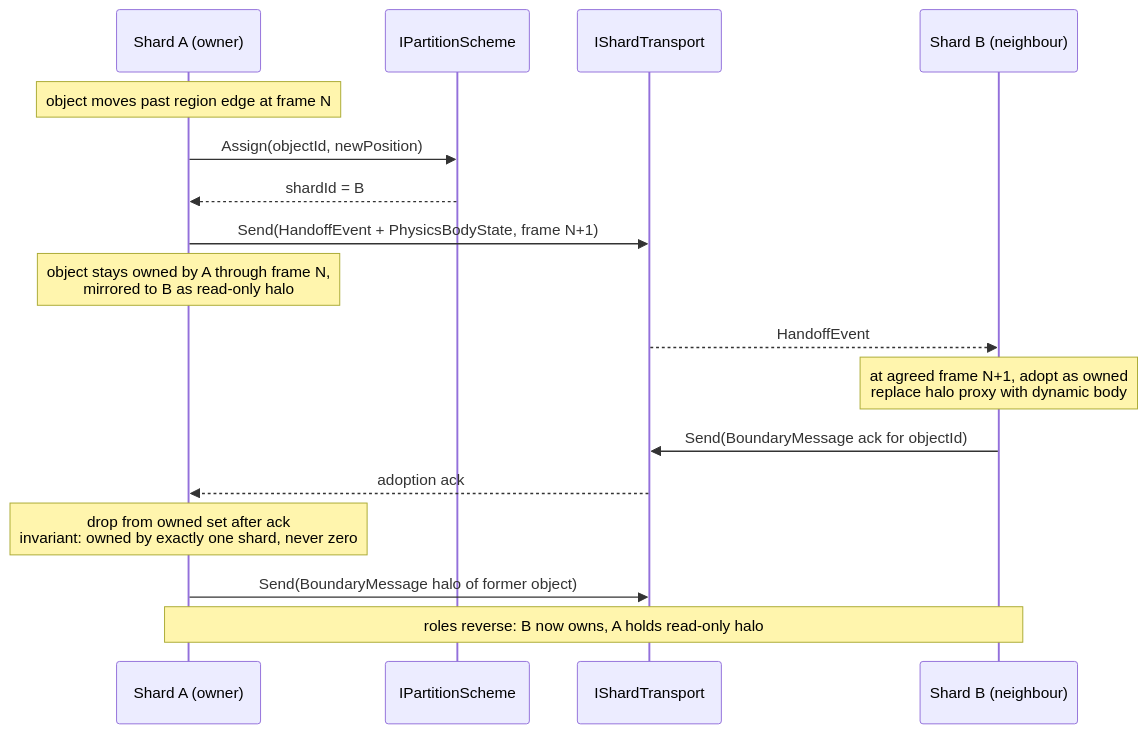
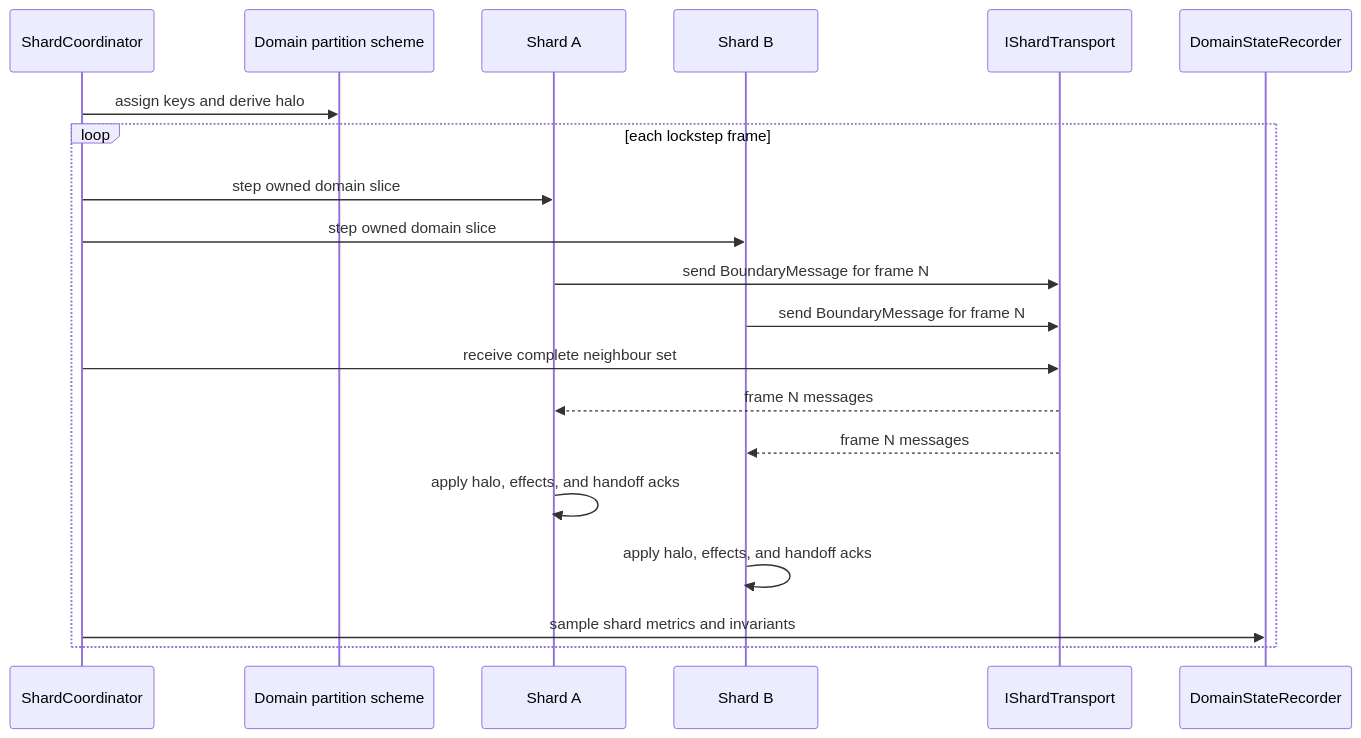
Before and after one commit to rmessinger/Panopticon: the second of 2 diagrams in docs/roadmap/deep-dives/b6-distributed-simulation.md, drawn with Mermaid. The commit also changed other lines of this file and 148 other files, not shown here.

First line of the commit message:
docs(roadmap): detail-first Western Front revision and cards for W1-W6, B1, B4a, B6, B7, H

````diff
--- a/docs/roadmap/deep-dives/b6-distributed-simulation.md
+++ b/docs/roadmap/deep-dives/b6-distributed-simulation.md
@@ -345,20 +197,23 @@
 ```mermaid
 sequenceDiagram
-  participant SA as Shard A (owner)
-  participant PS as IPartitionScheme
-  participant XP as IShardTransport
-  participant SB as Shard B (neighbour)
+  participant C as ShardCoordinator
+  participant D as Domain partition scheme
+  participant A as Shard A
+  participant B as Shard B
+  participant T as IShardTransport
+  participant R as DomainStateRecorder
 
-  Note over SA: object moves past region edge at frame N
-  SA->>PS: Assign(objectId, newPosition)
-  PS-->>SA: shardId = B
-  SA->>XP: Send(HandoffEvent + PhysicsBodyState, frame N+1)
-  Note over SA: object stays owned by A through frame N,<br/>mirrored to B as read-only halo
-  XP-->>SB: HandoffEvent
-  Note over SB: at agreed frame N+1, adopt as owned<br/>replace halo proxy with dynamic body
-  SB->>XP: Send(BoundaryMessage ack for objectId)
-  XP-->>SA: adoption ack
-  Note over SA: drop from owned set after ack<br/>invariant: owned by exactly one shard, never zero
-  SA->>XP: Send(BoundaryMessage halo of former object)
-  Note over SA,SB: roles reverse: B now owns, A holds read-only halo
+  C->>D: assign keys and derive halo
+  loop each lockstep frame
+    C->>A: step owned domain slice
+    C->>B: step owned domain slice
+    A->>T: send BoundaryMessage for frame N
+    B->>T: send BoundaryMessage for frame N
+    C->>T: receive complete neighbour set
+    T-->>A: frame N messages
+    T-->>B: frame N messages
+    A->>A: apply halo, effects, and handoff acks
+    B->>B: apply halo, effects, and handoff acks
+    C->>R: sample shard metrics and invariants
+  end
 ```
````
